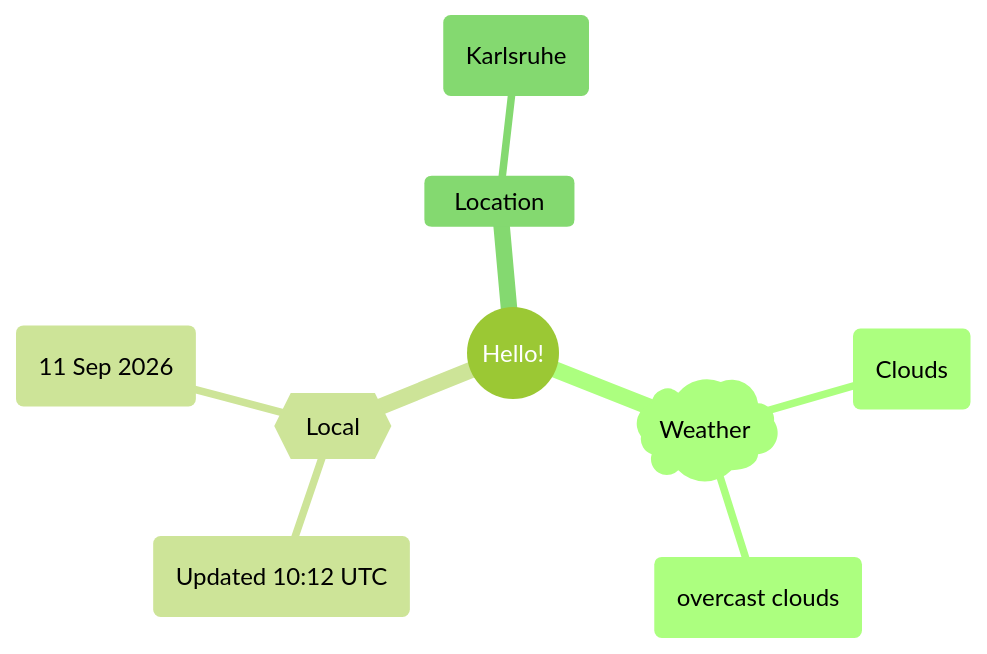
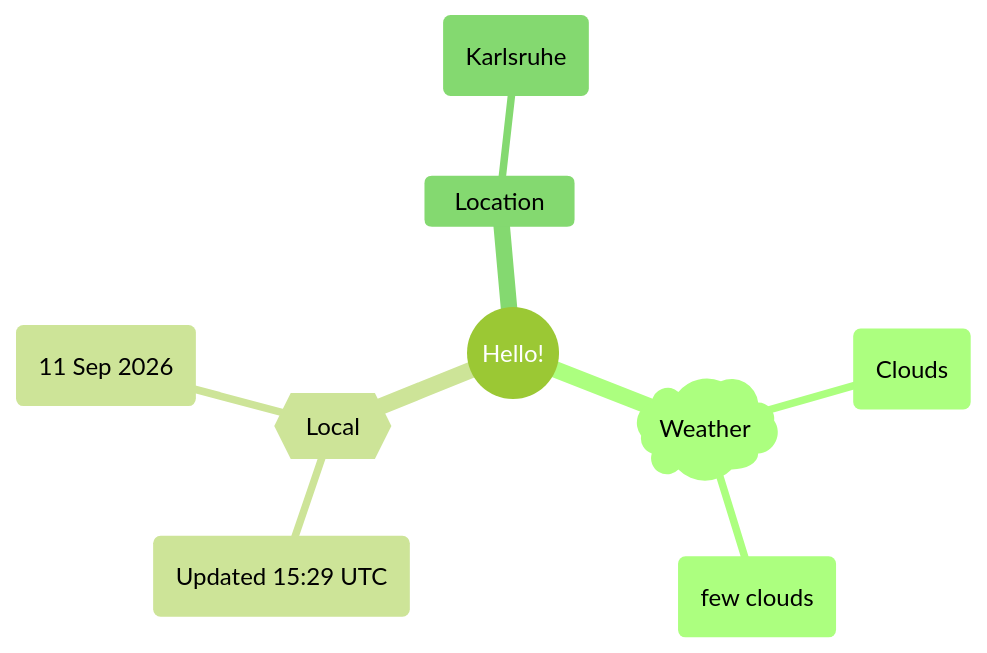
One commit to Xosrov/Xosrov changed the first of 2 diagrams in README.md. Above: the diagram before and after it, drawn with Mermaid (forest theme).

Commit message:
[bot] updated images

````diff
--- a/README.md
+++ b/README.md
@@ -3,12 +3,12 @@
 ```mermaid
 mindmap
   root((Hello!))
     )Weather(
         (Clouds)
-        (overcast clouds)
+        (few clouds)
     {{Local}}
-        (Updated 10:12 UTC)
+        (Updated 15:29 UTC)
         (11 Sep 2026)
     Location
         (Karlsruhe)
 ```
````
